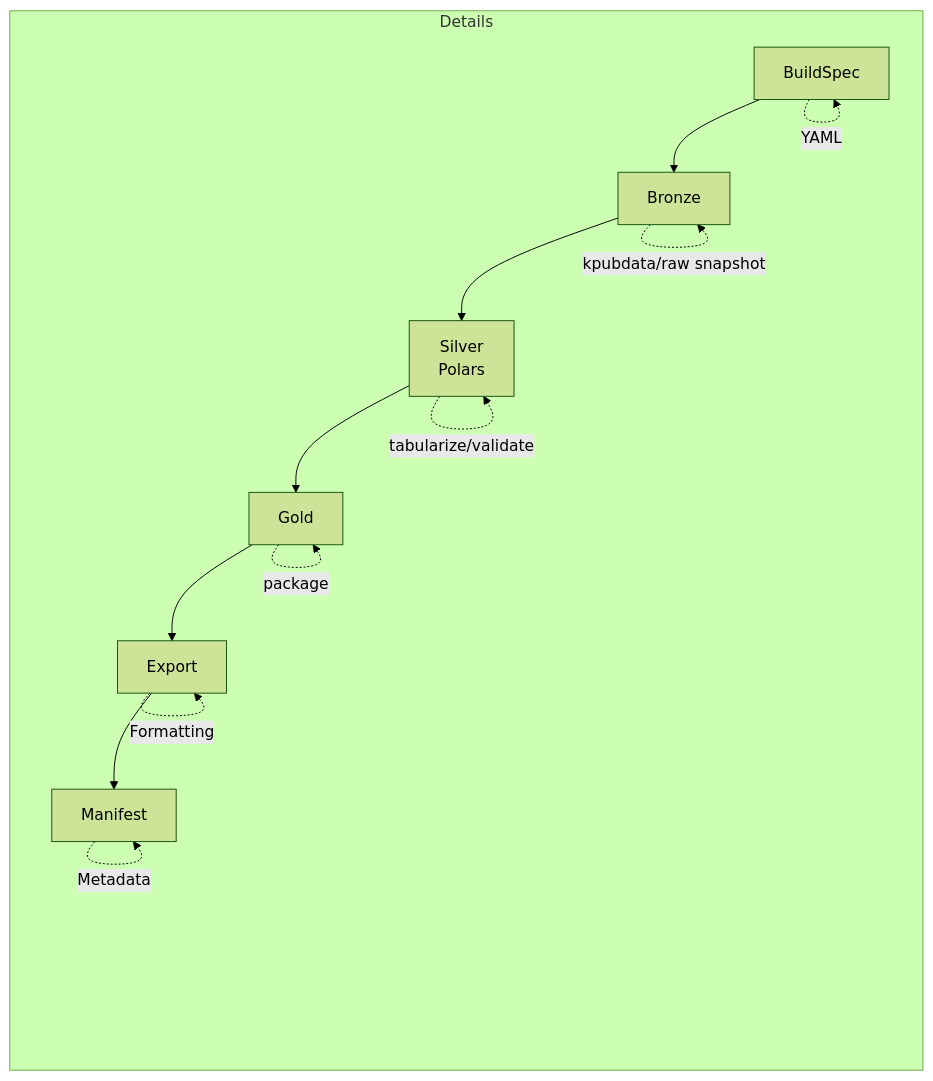
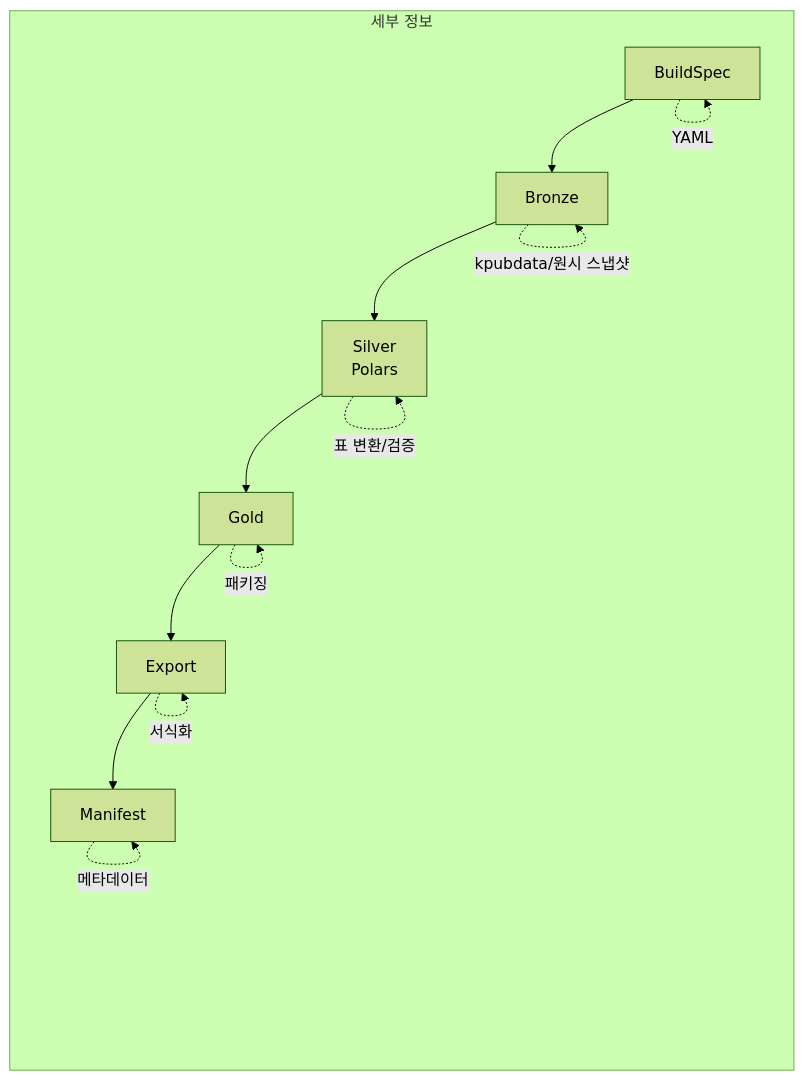
One commit to yeongseon/kpubdata-builder changed the first of 3 diagrams in AGENTS.md. Above: the diagram before and after it, drawn with Mermaid (forest theme). The commit also changed other lines of this file and 35 other files, not shown here.

````diff
--- a/AGENTS.md
+++ b/AGENTS.md
@@ -74,17 +74,17 @@
 ```mermaid
 graph LR
     BS[BuildSpec] --> B[Bronze]
     B --> S[Silver\nPolars]
     S --> G[Gold]
     G --> EX[Export]
     EX --> M[Manifest]
     
-    subgraph "Details"
+    subgraph "세부 정보"
         BS -.-> |YAML| BS
-        B -.-> |kpubdata/raw snapshot| B
-        S -.-> |tabularize/validate| S
-        G -.-> |package| G
-        EX -.-> |Formatting| EX
-        M -.-> |Metadata| M
+        B -.-> |kpubdata/원시 스냅샷| B
+        S -.-> |표 변환/검증| S
+        G -.-> |패키징| G
+        EX -.-> |서식화| EX
+        M -.-> |메타데이터| M
     end
 ```
````
